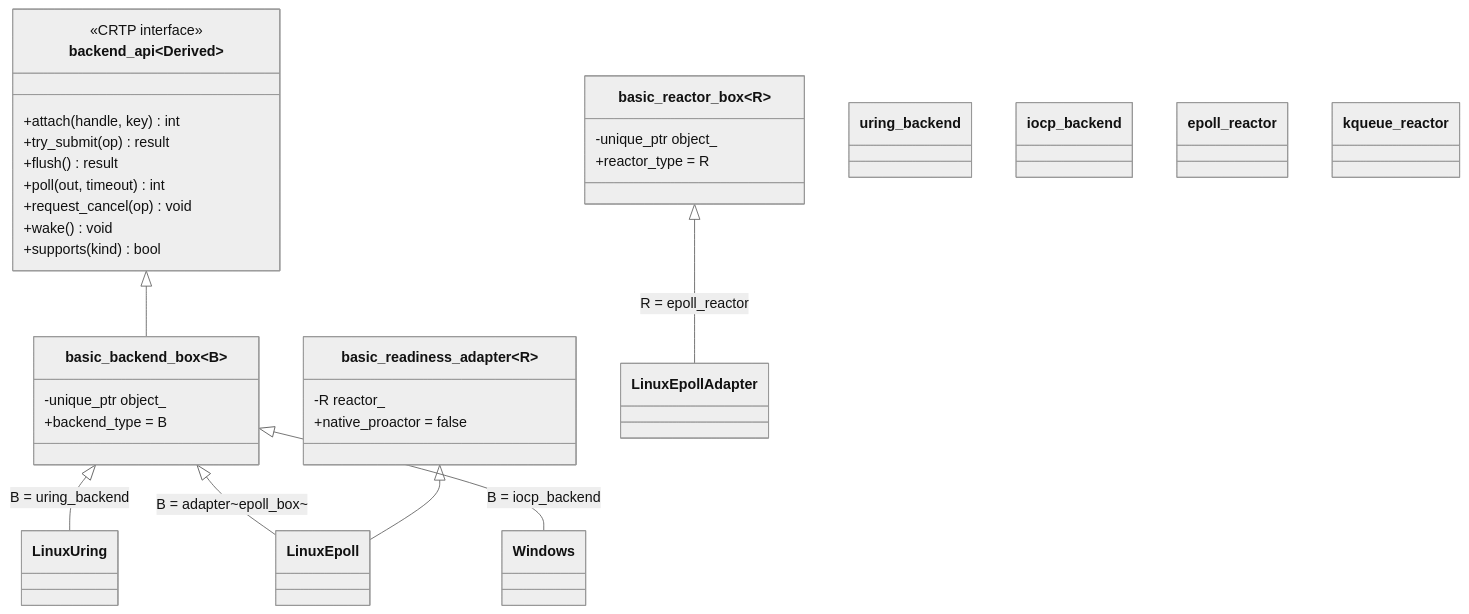
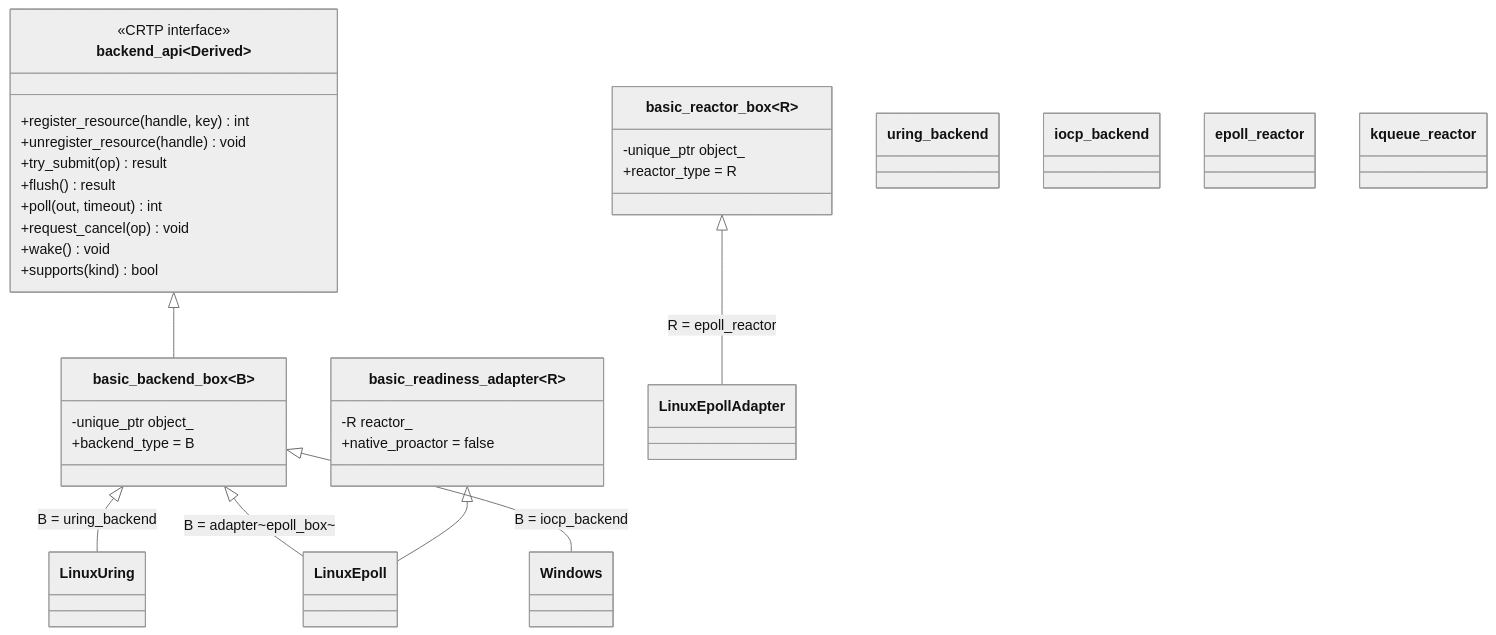
Before and after one commit to superlxh02/faio: the seventh of 19 diagrams in docs/异步IO.md, drawn with Mermaid (neutral theme). The commit also changed other lines of this file and 24 other files, not shown here.

````diff
--- a/docs/异步IO.md
+++ b/docs/异步IO.md
@@ -1329,36 +1334,37 @@
 ```mermaid
 classDiagram
     class backend_api~Derived~ {
         <<CRTP interface>>
-        +attach(handle, key) int
+        +register_resource(handle, key) int
+        +unregister_resource(handle) void
         +try_submit(op) result
         +flush() result
         +poll(out, timeout) int
         +request_cancel(op) void
         +wake() void
         +supports(kind) bool
     }
     class basic_backend_box~B~ {
         -unique_ptr object_
         +backend_type = B
     }
     class basic_readiness_adapter~R~ {
         -R reactor_
         +native_proactor = false
     }
     class basic_reactor_box~R~ {
         -unique_ptr object_
         +reactor_type = R
     }
     class uring_backend
     class iocp_backend
     class epoll_reactor
     class kqueue_reactor
 
     backend_api <|-- basic_backend_box
     basic_backend_box <|-- LinuxUring : B = uring_backend
     basic_backend_box <|-- LinuxEpoll : B = adapter~epoll_box~
     basic_backend_box <|-- Windows : B = iocp_backend
     basic_readiness_adapter <|-- LinuxEpoll
     basic_reactor_box <|-- LinuxEpollAdapter : R = epoll_reactor
 ```
````
